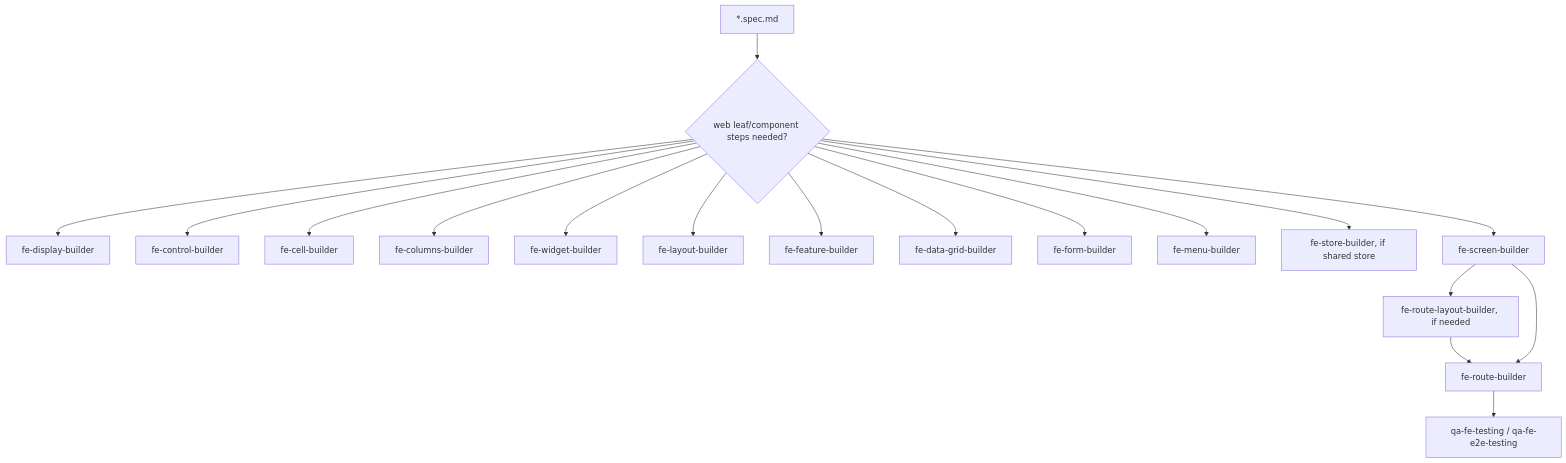
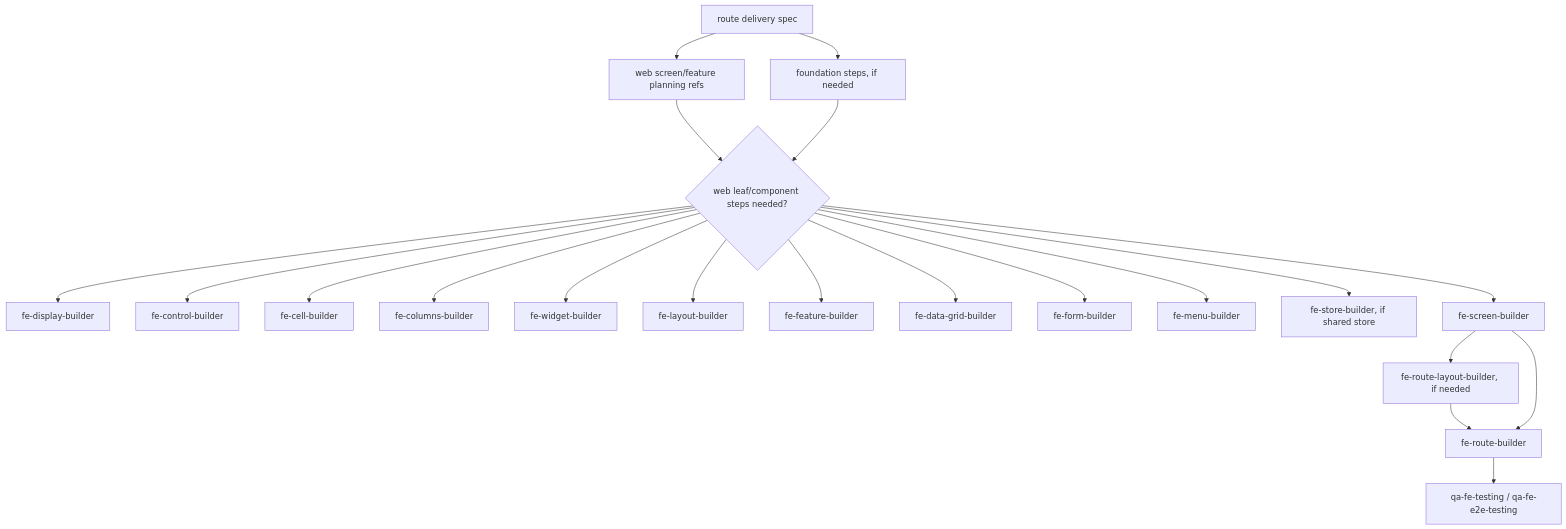
One commit to kimjoongwon/prj-core changed the fourth of 5 diagrams in docs/orchestration-agent-relationship-flow.md. Above: the diagram before and after it, drawn with Mermaid. The commit also changed other lines of this file and 76 other files, not shown here.

Commit message:
chore: consolidate delivery spec orchestration

````diff
--- a/docs/orchestration-agent-relationship-flow.md
+++ b/docs/orchestration-agent-relationship-flow.md
@@ -168,20 +191,23 @@
 ```mermaid
 flowchart TD
-  Spec["*.spec.md"] --> Leaf{"web leaf/component steps needed?"}
+  Spec["route delivery spec"] --> Planning["web screen/feature planning refs"]
+  Planning --> Leaf{"web leaf/component steps needed?"}
+  Spec --> Foundation["foundation steps, if needed"]
+  Foundation --> Leaf
   Leaf --> Display["fe-display-builder"]
   Leaf --> Control["fe-control-builder"]
   Leaf --> Cell["fe-cell-builder"]
   Leaf --> Columns["fe-columns-builder"]
   Leaf --> Widget["fe-widget-builder"]
   Leaf --> Layout["fe-layout-builder"]
   Leaf --> Feature["fe-feature-builder"]
   Leaf --> DataGrid["fe-data-grid-builder"]
   Leaf --> Form["fe-form-builder"]
   Leaf --> Menu["fe-menu-builder"]
   Leaf --> Store["fe-store-builder, if shared store"]
   Leaf --> Page["fe-screen-builder"]
   Page --> RouteLayout["fe-route-layout-builder, if needed"]
   RouteLayout --> Route["fe-route-builder"]
   Page --> Route
   Route --> QA["qa-fe-testing / qa-fe-e2e-testing"]
 ```
````
